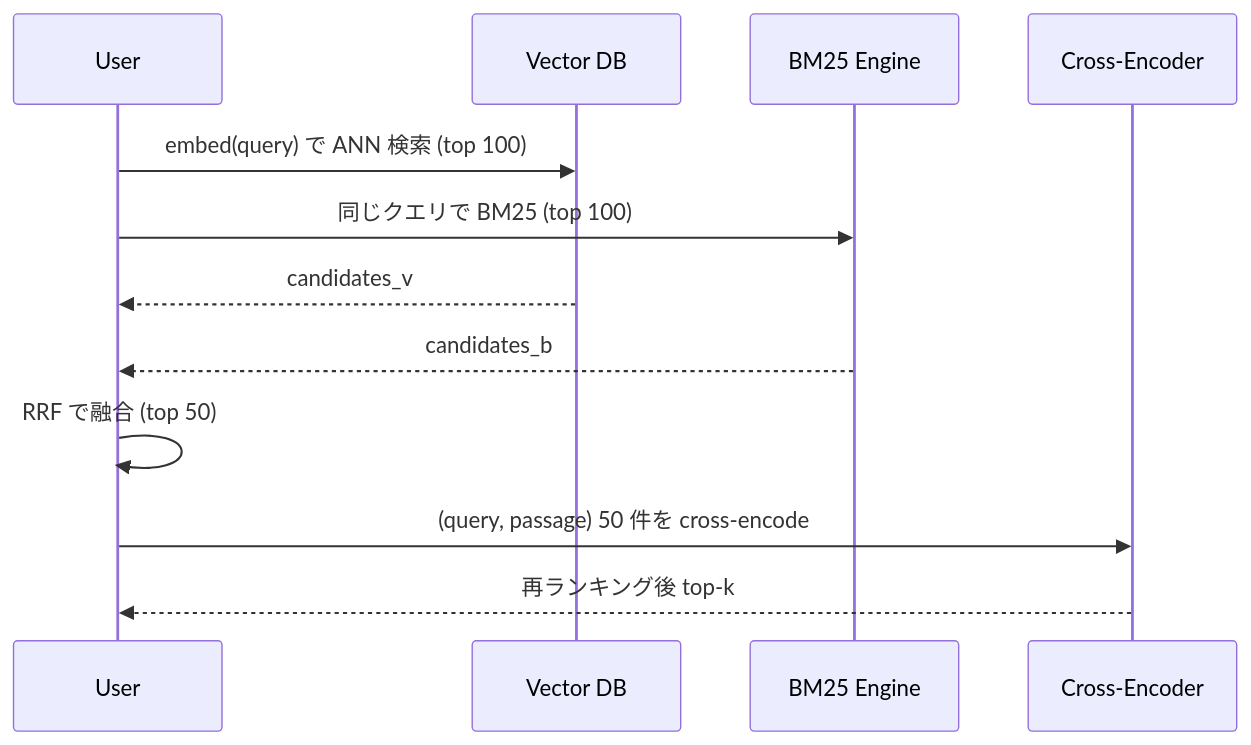
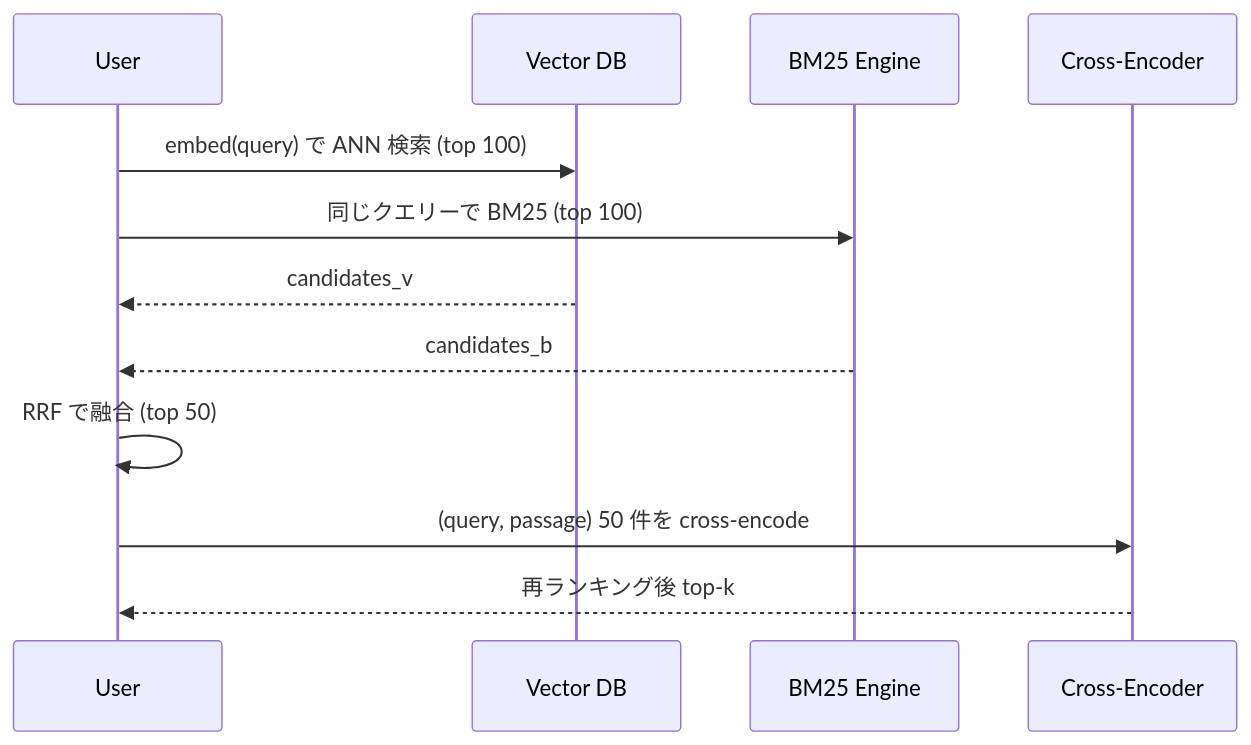
The fifth of 5 diagrams in content/blog/ja/vector-database-internals.mdx (yoichiozaki/yoichiozaki.github.io), drawn with Mermaid before and after one commit. The commit also changed other lines of this file and 117 other files, not shown here.

````diff
--- a/content/blog/ja/vector-database-internals.mdx
+++ b/content/blog/ja/vector-database-internals.mdx
@@ -465,14 +465,14 @@
 ```mermaid
 sequenceDiagram
     participant U as User
     participant VDB as Vector DB
     participant BM as BM25 Engine
     participant RR as Cross-Encoder
     U->>VDB: embed(query) で ANN 検索 (top 100)
-    U->>BM: 同じクエリで BM25 (top 100)
+    U->>BM: 同じクエリーで BM25 (top 100)
     VDB-->>U: candidates_v
     BM-->>U: candidates_b
     U->>U: RRF で融合 (top 50)
     U->>RR: (query, passage) 50 件を cross-encode
     RR-->>U: 再ランキング後 top-k
 ```
````
